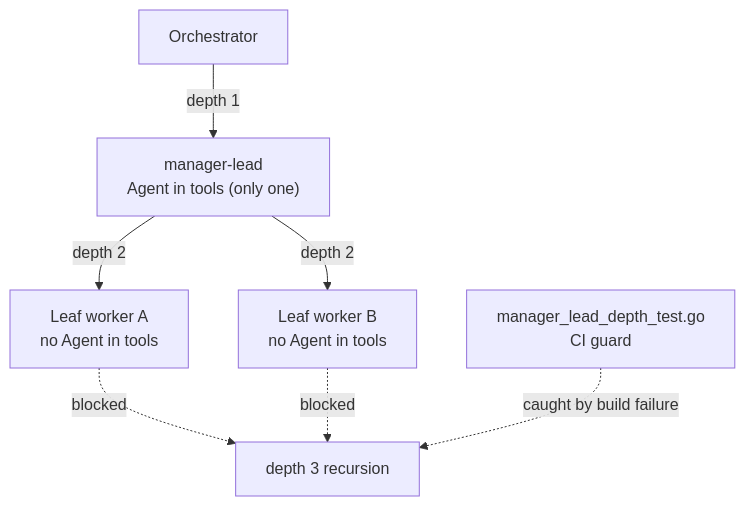
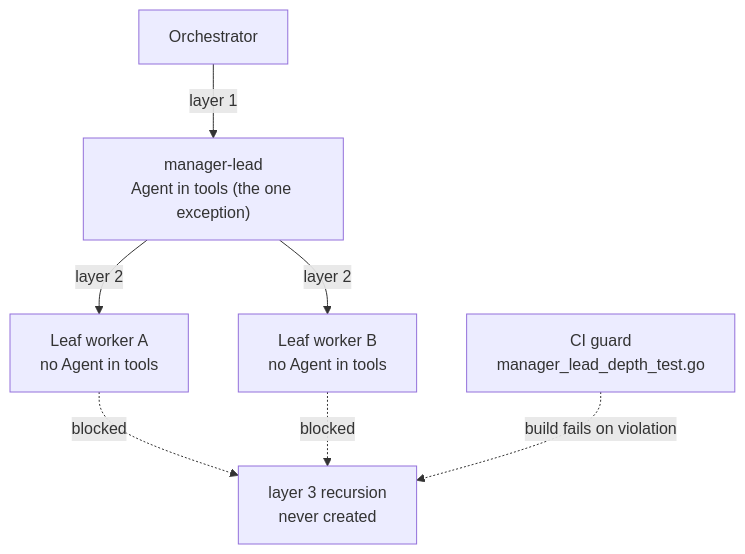
One commit to modu-ai/moai-adk changed the fourth of 4 diagrams in docs-site/content/en/advanced/agent-guide.md. Above: the diagram before and after it, drawn with Mermaid. The commit also changed other lines of this file and 2 other files, not shown here.

First line of the commit message:
docs(SPEC-DOCS-HEADING-PARITY-001): M4 agent-guide fold 30→22 to ko structure (card t1328)

````diff
--- a/docs-site/content/en/advanced/agent-guide.md
+++ b/docs-site/content/en/advanced/agent-guide.md
@@ -170,9 +196,9 @@
 ```mermaid
 flowchart TD
-    ORCH["Orchestrator"] -->|"depth 1"| LEAD["manager-lead<br>Agent in tools (only one)"]
-    LEAD -->|"depth 2"| W1["Leaf worker A<br>no Agent in tools"]
-    LEAD -->|"depth 2"| W2["Leaf worker B<br>no Agent in tools"]
-    W1 -.->|"blocked"| X["depth 3 recursion"]
+    ORCH["Orchestrator"] -->|"layer 1"| LEAD["manager-lead<br>Agent in tools (the one exception)"]
+    LEAD -->|"layer 2"| W1["Leaf worker A<br>no Agent in tools"]
+    LEAD -->|"layer 2"| W2["Leaf worker B<br>no Agent in tools"]
+    W1 -.->|"blocked"| X["layer 3 recursion<br>never created"]
     W2 -.->|"blocked"| X
-    GUARD["manager_lead_depth_test.go<br>CI guard"] -.->|"caught by build failure"| X
+    GUARD["CI guard<br>manager_lead_depth_test.go"] -.->|"build fails on violation"| X
 ```
````
